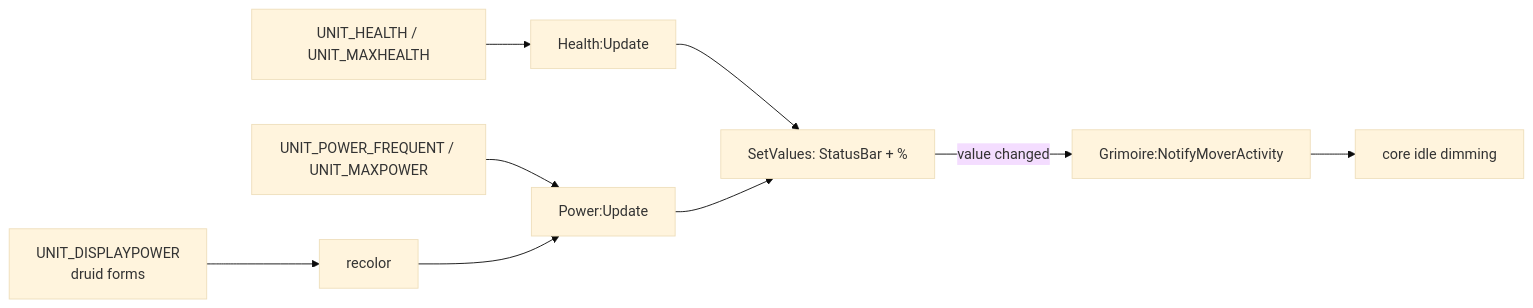
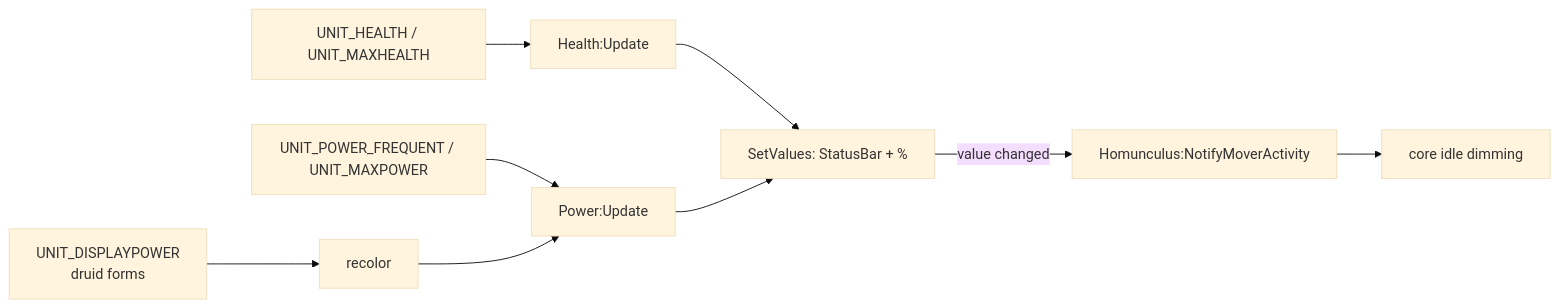
The second of 2 diagrams in docs/features/player-bars/README.md (PhillypHenning/grimoire), drawn with Mermaid (base theme) before and after one commit. The commit also changed other lines of this file and 178 other files, not shown here.

First line of the commit message:
Rename the suite from Grimoire to Homunculus (ADR 0010)

````diff
--- a/docs/features/player-bars/README.md
+++ b/docs/features/player-bars/README.md
@@ -21,8 +21,8 @@
 ```mermaid
 flowchart LR
     H[UNIT_HEALTH / UNIT_MAXHEALTH] --> HU[Health:Update]
     P[UNIT_POWER_FREQUENT / UNIT_MAXPOWER] --> PU[Power:Update]
     DP[UNIT_DISPLAYPOWER<br/>druid forms] --> PC[recolor] --> PU
     HU & PU --> SV[SetValues: StatusBar + %]
-    SV -- value changed --> N[Grimoire:NotifyMoverActivity] --> Dim[core idle dimming]
+    SV -- value changed --> N[Homunculus:NotifyMoverActivity] --> Dim[core idle dimming]
 ```
````
